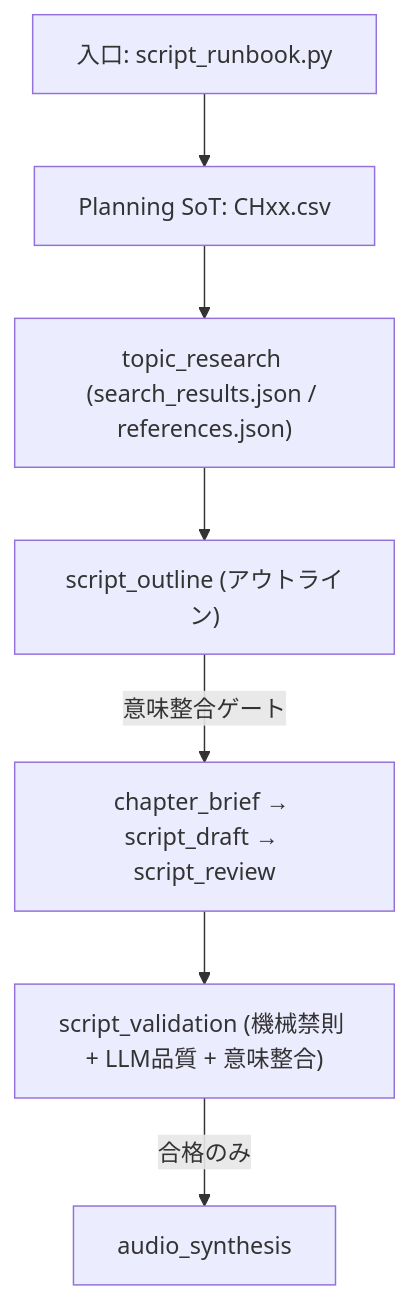
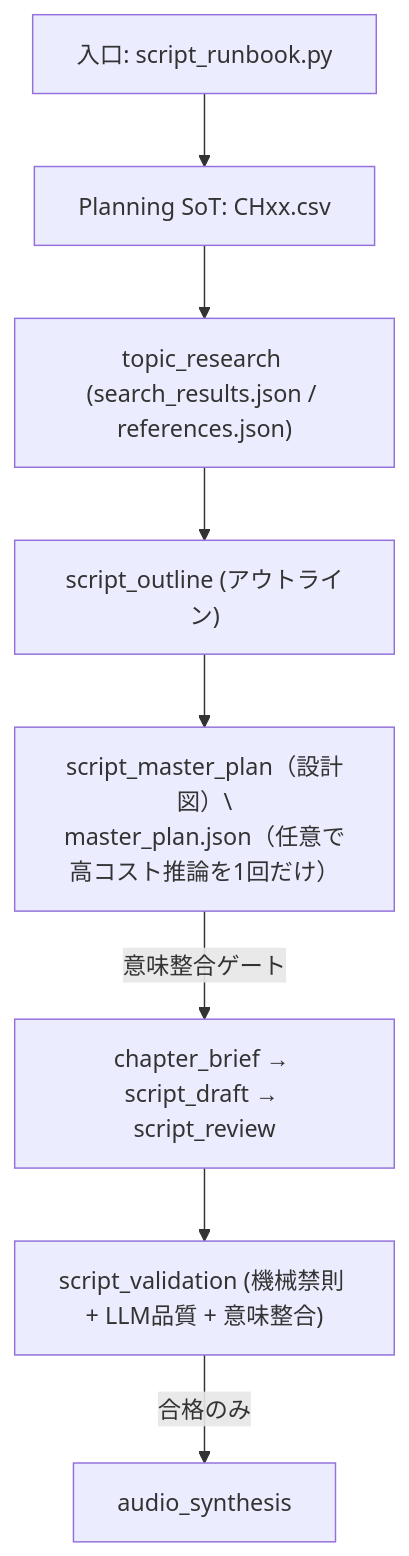
The second of 2 diagrams in ssot/ops/OPS_SCRIPT_FACTORY_MODES.md (daideguchi/youtube_production2), drawn with Mermaid before and after one commit. The commit also changed other lines of this file and 761 other files, not shown here.

````diff
--- a/ssot/ops/OPS_SCRIPT_FACTORY_MODES.md
+++ b/ssot/ops/OPS_SCRIPT_FACTORY_MODES.md
@@ -111,9 +145,10 @@
 ```mermaid
 flowchart TD
   A["入口: script_runbook.py <MODE>"] --> P["Planning SoT: CHxx.csv"]
   P --> R["topic_research (search_results.json / references.json)"]
   R --> O["script_outline (アウトライン)"]
-  O -->|意味整合ゲート| W["chapter_brief → script_draft → script_review"]
+  O --> M["script_master_plan（設計図）\\nmaster_plan.json（任意で高コスト推論を1回だけ）"]
+  M -->|意味整合ゲート| W["chapter_brief → script_draft → script_review"]
   W --> V["script_validation (機械禁則 + LLM品質 + 意味整合)"]
   V -->|合格のみ| S["audio_synthesis"]
 ```
````
